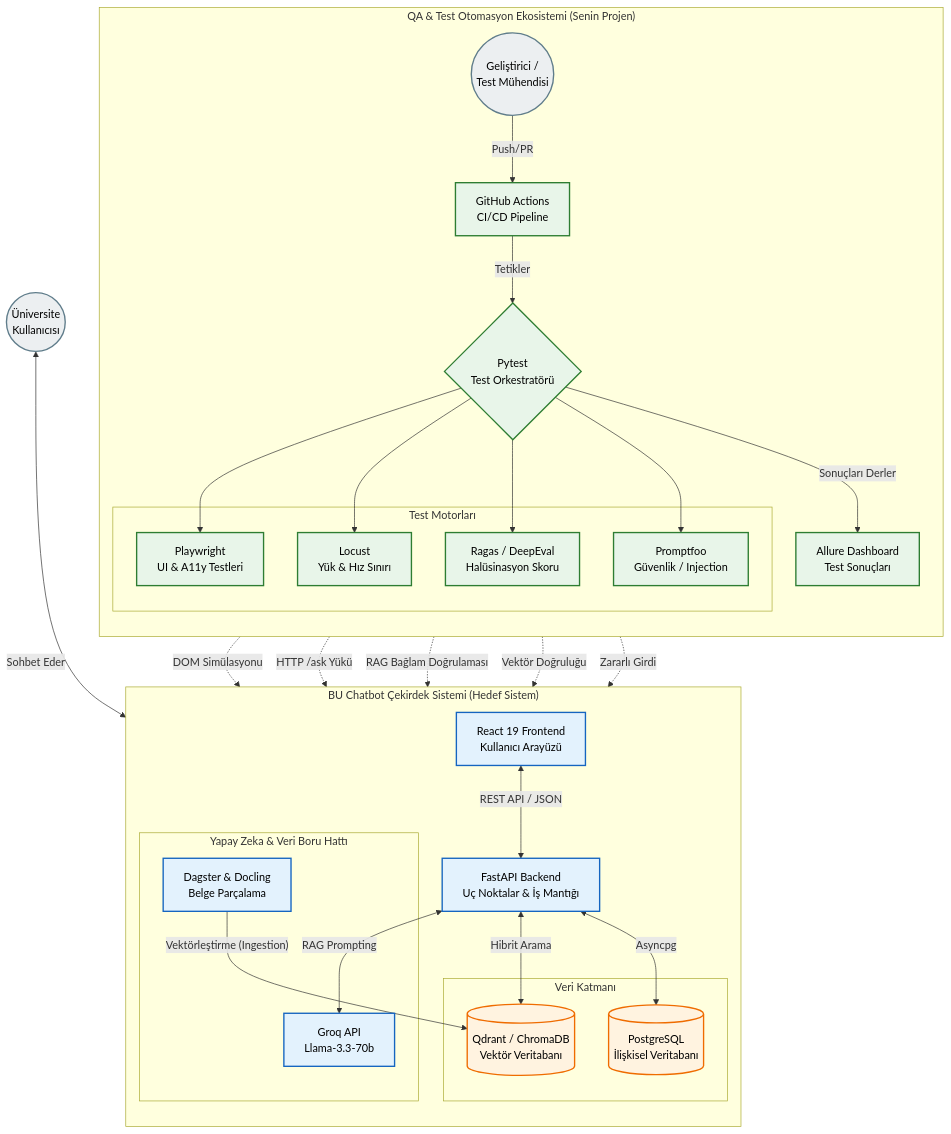
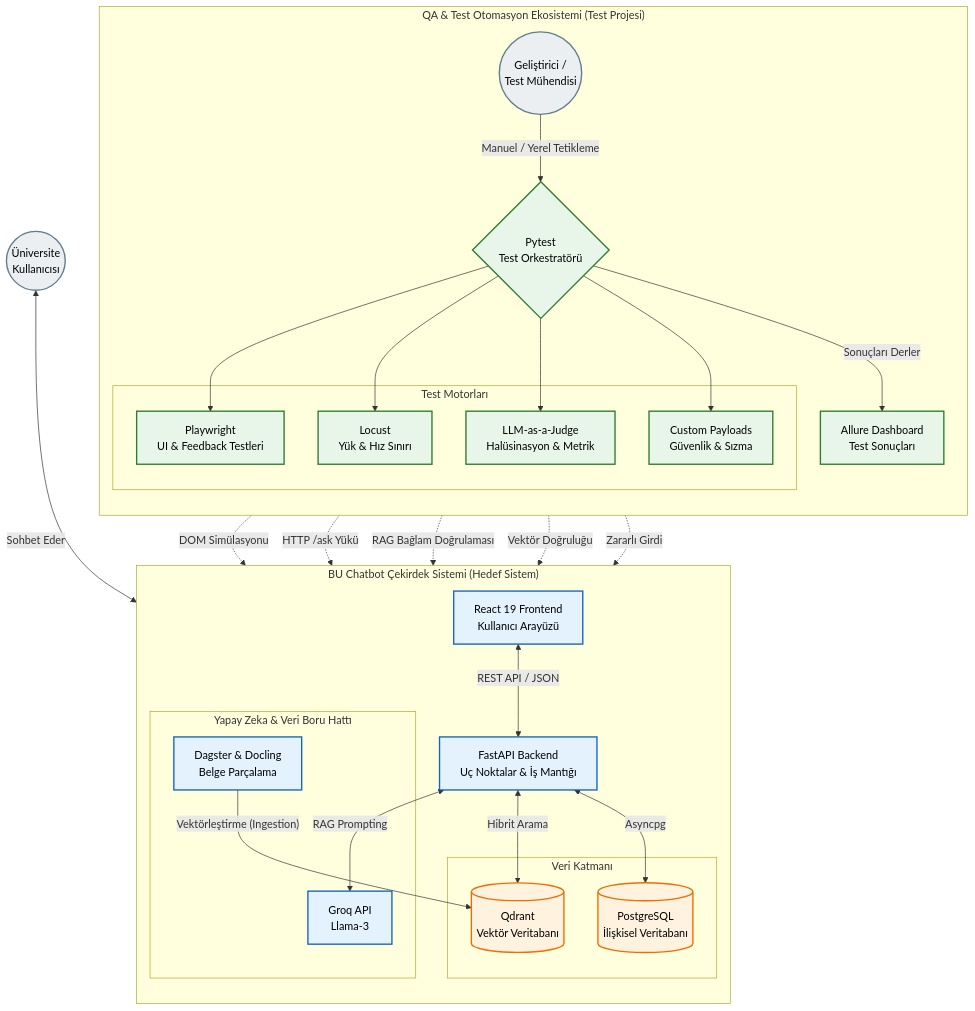
Before and after one commit to ANIL08BY/bu-chatbot-qa-automation: the diagram in bu-chatbot-qa-automation/README.md, drawn with Mermaid. The commit also changed other lines of this file, not shown here.

First line of the commit message:
docs(readme): test otomasyon mimarisi ve çalıştırma talimatları güncellendi

````diff
--- a/bu-chatbot-qa-automation/README.md
+++ b/bu-chatbot-qa-automation/README.md
@@ -29,72 +73,70 @@
 ```mermaid
 graph TB
-    %% Kullanıcı ve CI/CD Tetikleyicileri
+    %% Kullanıcı ve Test Tetikleyicileri
     User((Üniversite<br>Kullanıcısı))
     Developer((Geliştirici / <br>Test Mühendisi))
 
-    subgraph QASystem["QA & Test Otomasyon Ekosistemi (Senin Projen)"]
+    subgraph QASystem["QA & Test Otomasyon Ekosistemi (Test Projesi)"]
         direction TB
-        CICD[GitHub Actions<br>CI/CD Pipeline]
         Orchestrator{Pytest<br>Test Orkestratörü}
 
         subgraph TestMotorlari ["Test Motorları"]
-            E2E[Playwright<br>UI & A11y Testleri]
+            E2E[Playwright<br>UI & Feedback Testleri]
             Load[Locust<br>Yük & Hız Sınırı]
-            AIEval[Ragas / DeepEval<br>Halüsinasyon Skoru]
-            Sec[Promptfoo<br>Güvenlik / Injection]
+            AIEval[LLM-as-a-Judge<br>Halüsinasyon & Metrik]
+            Sec[Custom Payloads<br>Güvenlik & Sızma]
         end
 
         Report[Allure Dashboard<br>Test Sonuçları]
 
-        Developer -->|"Push/PR"| CICD
-        CICD -->|Tetikler| Orchestrator
+        Developer -->|"Manuel / Yerel Tetikleme"| Orchestrator
         Orchestrator --> E2E
         Orchestrator --> Load
         Orchestrator --> AIEval
         Orchestrator --> Sec
         Orchestrator -->|"Sonuçları Derler"| Report
     end
 
     subgraph HedefSistem ["BU Chatbot Çekirdek Sistemi (Hedef Sistem)"]
         direction TB
         UI[React 19 Frontend<br>Kullanıcı Arayüzü]
         API[FastAPI Backend<br>Uç Noktalar & İş Mantığı]
 
         subgraph VeriKatmani ["Veri Katmanı"]
             DB[(PostgreSQL<br>İlişkisel Veritabanı)]
-            VDB[(Qdrant / ChromaDB<br>Vektör Veritabanı)]
+            VDB[(Qdrant<br>Vektör Veritabanı)]
         end
 
         subgraph YZBoruHatti["Yapay Zeka & Veri Boru Hattı"]
             Pipeline[Dagster & Docling<br>Belge Parçalama]
-            LLM[Groq API<br>Llama-3.3-70b]
+            LLM[Groq API<br>Llama-3]
         end
 
         UI <-->|"REST API / JSON"| API
         API <-->|Asyncpg| DB
         API <-->|"Hibrit Arama"| VDB
         API <-->|"RAG Prompting"| LLM
         Pipeline -->|"Vektörleştirme (Ingestion)"| VDB
     end
 
     %% Kullanıcı Etkileşimi
     User <-->|"Sohbet Eder"| UI
 
     %% Test Sisteminin Hedef Sistemle Etkileşimi
     E2E -.->|"DOM Simülasyonu"| UI
     Load -.->|"HTTP /ask Yükü"| API
     AIEval -.->|"RAG Bağlam Doğrulaması"| LLM
     AIEval -.->|"Vektör Doğruluğu"| VDB
     Sec -.->|"Zararlı Girdi"| API
 
     %% Stillendirme
     classDef user fill:#eceff1,stroke:#607d8b,stroke-width:2px,color:#000;
     classDef qa fill:#e8f5e9,stroke:#2e7d32,stroke-width:2px,color:#000;
     classDef core fill:#e3f2fd,stroke:#1565c0,stroke-width:2px,color:#000;
     classDef db fill:#fff3e0,stroke:#ef6c00,stroke-width:2px,color:#000;
 
     class User,Developer user;
-    class CICD,Orchestrator,E2E,Load,AIEval,Sec,Report qa;
+    class Orchestrator,E2E,Load,AIEval,Sec,Report qa;
     class UI,API,Pipeline,LLM core;
     class DB,VDB db;
 ```
````
